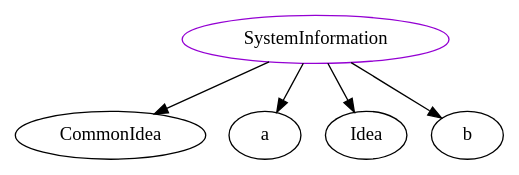
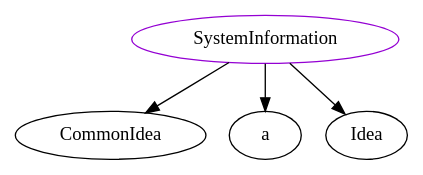
One commit to JacquesCarette/Drasil changed the diagram in analysis/TypeDependencyGraphs/sysinfo/SystemInformation.dot. Above: the diagram before and after it, drawn with Graphviz. The commit also changed 850 other files, not shown here.

```diff
--- a/analysis/TypeDependencyGraphs/sysinfo/SystemInformation.dot
+++ b/analysis/TypeDependencyGraphs/sysinfo/SystemInformation.dot
@@ -1,7 +1,6 @@
 digraph systeminformation{
 SystemInformation	[shape=oval, color=darkviolet, label="SystemInformation"];
 SystemInformation -> CommonIdea;
 SystemInformation -> a;
 SystemInformation -> Idea;
-SystemInformation -> b;
 }
```
